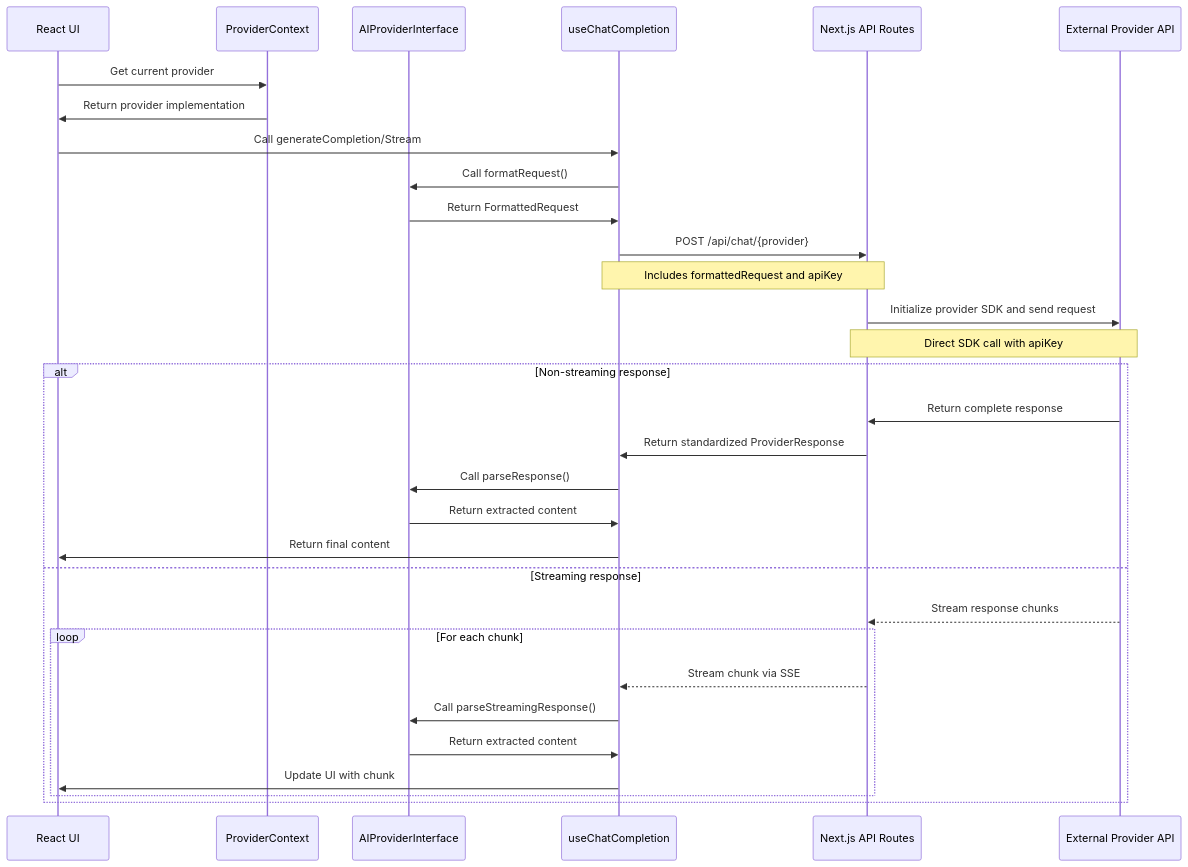
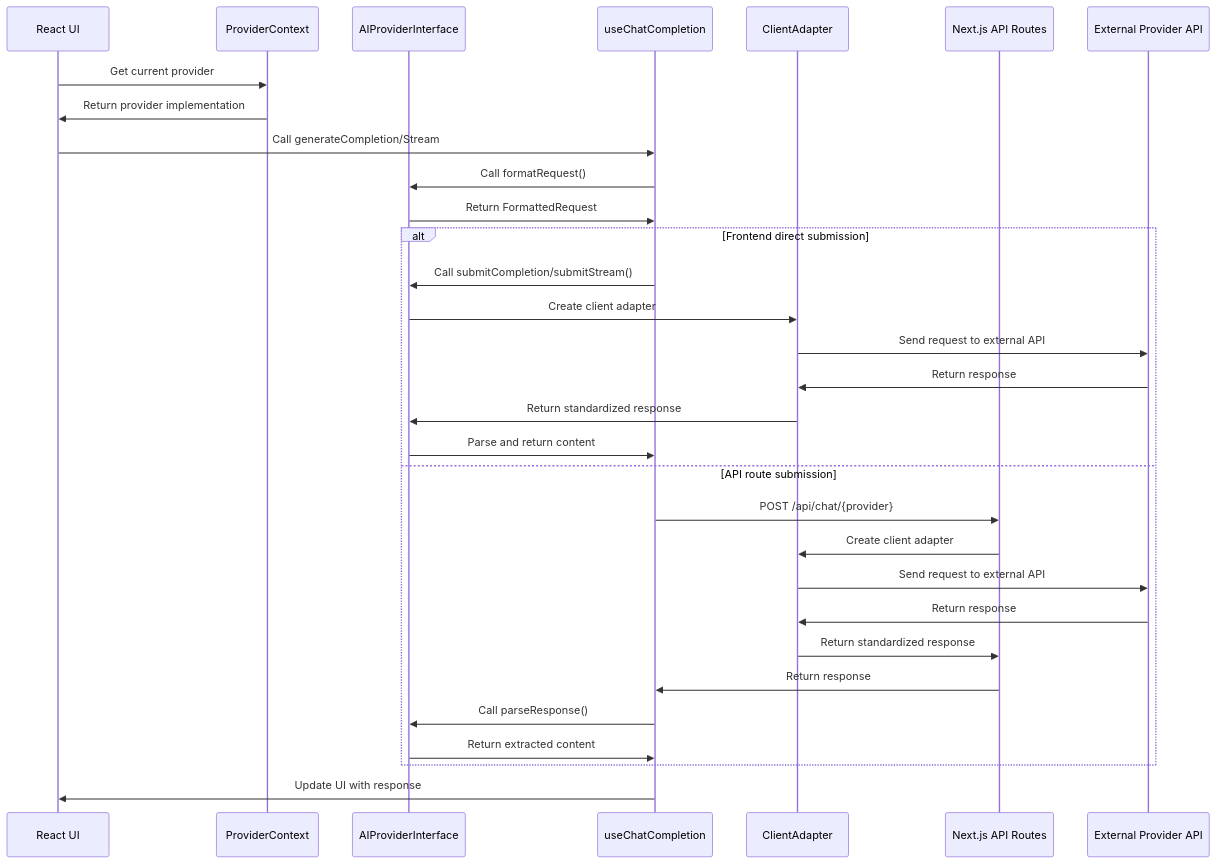
Before and after one commit to m1981/mychat: the third of 3 diagrams in doc_interfaces.md, drawn with Mermaid. The commit also changed other lines of this file and 42 other files, not shown here.

````diff
--- a/doc_interfaces.md
+++ b/doc_interfaces.md
@@ -784,38 +806,37 @@
 ```mermaid
 sequenceDiagram
     participant UI as React UI
     participant PC as ProviderContext
     participant API as AIProviderInterface
     participant Hook as useChatCompletion
+    participant CA as ClientAdapter
     participant NextAPI as Next.js API Routes
     participant ExtAPI as External Provider API
     
     UI->>PC: Get current provider
     PC->>UI: Return provider implementation
     UI->>Hook: Call generateCompletion/Stream
     
     Hook->>API: Call formatRequest()
     API->>Hook: Return FormattedRequest
     
-    Hook->>NextAPI: POST /api/chat/{provider}
-    Note over Hook,NextAPI: Includes formattedRequest and apiKey
-    
-    NextAPI->>ExtAPI: Initialize provider SDK and send request
-    Note over NextAPI,ExtAPI: Direct SDK call with apiKey
-    
-    alt Non-streaming response
-        ExtAPI->>NextAPI: Return complete response
-        NextAPI->>Hook: Return standardized ProviderResponse
+    alt Frontend direct submission
+        Hook->>API: Call submitCompletion/submitStream()
+        API->>CA: Create client adapter
+        CA->>ExtAPI: Send request to external API
+        ExtAPI->>CA: Return response
+        CA->>API: Return standardized response
+        API->>Hook: Parse and return content
+    else API route submission
+        Hook->>NextAPI: POST /api/chat/{provider}
+        NextAPI->>CA: Create client adapter
+        CA->>ExtAPI: Send request to external API
+        ExtAPI->>CA: Return response
+        CA->>NextAPI: Return standardized response
+        NextAPI->>Hook: Return response
         Hook->>API: Call parseResponse()
         API->>Hook: Return extracted content
-        Hook->>UI: Return final content
-    else Streaming response
-        ExtAPI-->>NextAPI: Stream response chunks
-        loop For each chunk
-            NextAPI-->>Hook: Stream chunk via SSE
-            Hook->>API: Call parseStreamingResponse()
-            API->>Hook: Return extracted content
-            Hook->>UI: Update UI with chunk
-        end
     end
+    
+    Hook->>UI: Update UI with response
 ```
````
